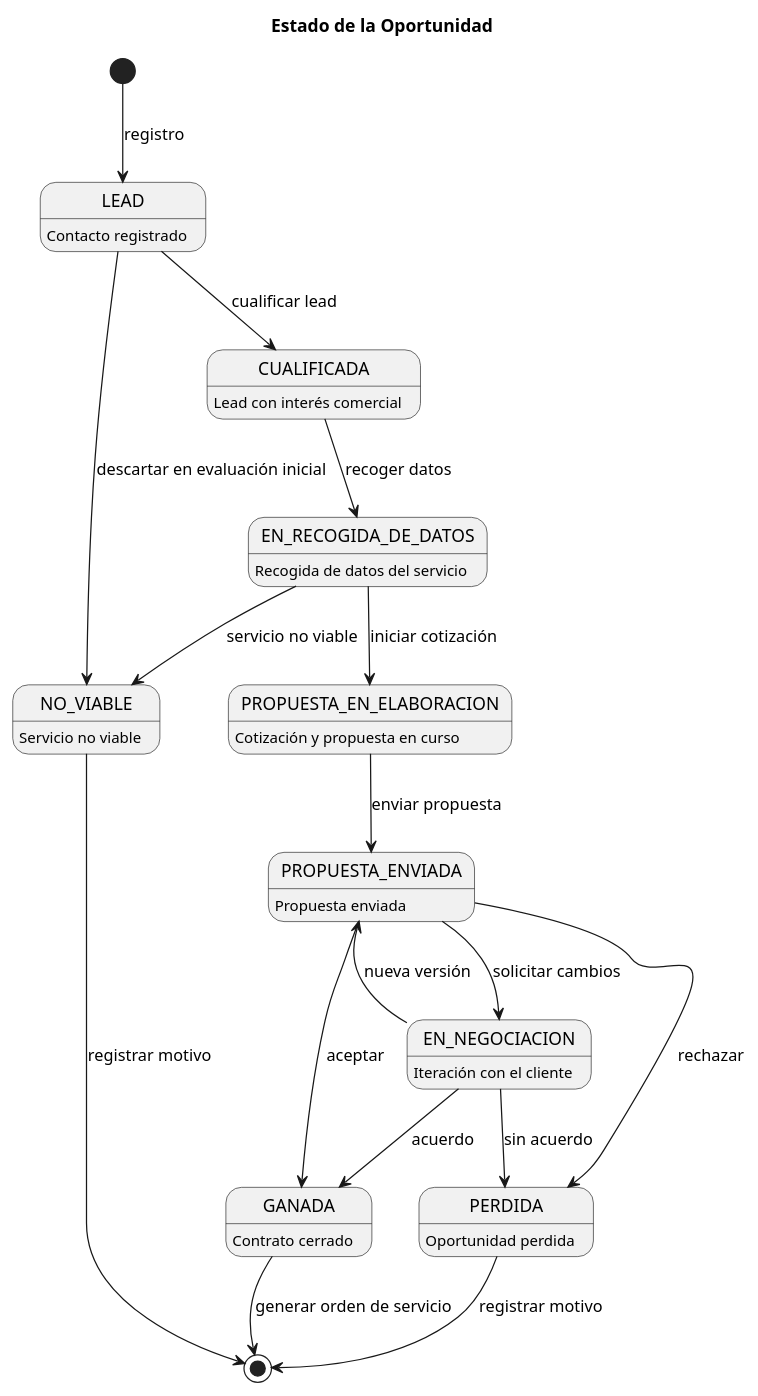
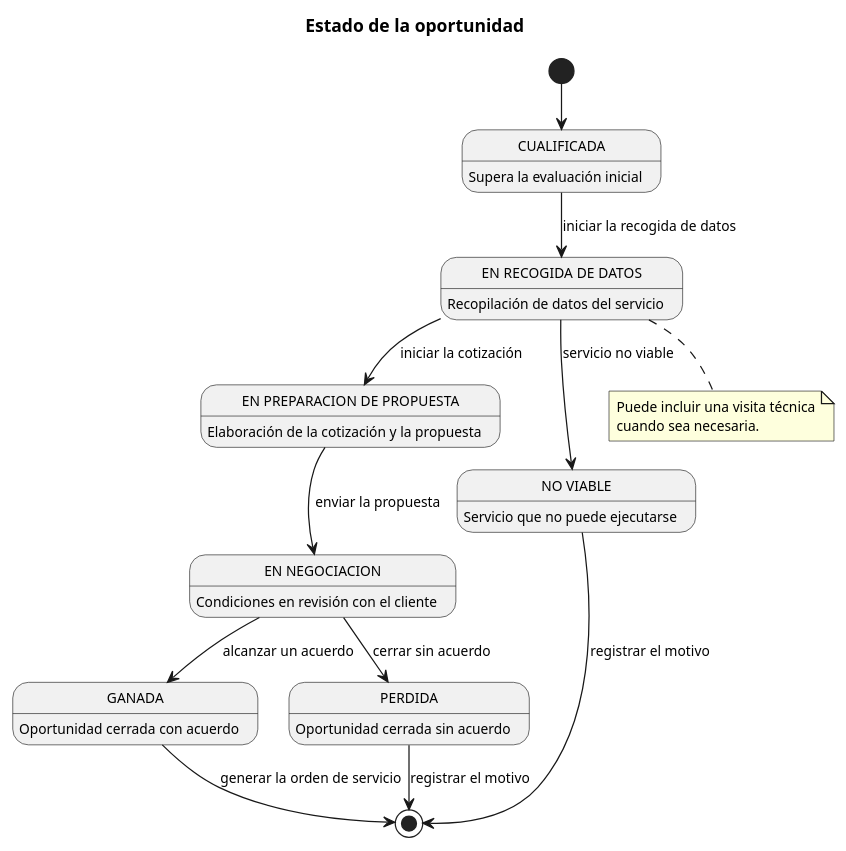
Before and after one commit to BrendaLopes/TFG-CRM-BROOKS: the diagram in docs/diagramas/estados/oportunidad.puml, drawn with PlantUML. The commit also changed 5 other files, not shown here.

```diff
--- a/docs/diagramas/estados/oportunidad.puml
+++ b/docs/diagramas/estados/oportunidad.puml
@@ -1,37 +1,45 @@
 @startuml
-title Estado de la Oportunidad
+title Estado de la oportunidad
 
-[*] --> LEAD : registro
+skinparam defaultFontSize 11
+skinparam nodesep 25
+skinparam ranksep 35
 
-LEAD --> NO_VIABLE : descartar en evaluación inicial
-LEAD --> CUALIFICADA : cualificar lead
+state "CUALIFICADA" as CUALIFICADA
+state "EN RECOGIDA DE DATOS" as EN_RECOGIDA_DE_DATOS
+state "EN PREPARACION DE PROPUESTA" as EN_PREPARACION_PROPUESTA
+state "EN NEGOCIACION" as EN_NEGOCIACION
+state "GANADA" as GANADA
+state "PERDIDA" as PERDIDA
+state "NO VIABLE" as NO_VIABLE
 
-CUALIFICADA --> EN_RECOGIDA_DE_DATOS : recoger datos
+[*] --> CUALIFICADA
+
+CUALIFICADA --> EN_RECOGIDA_DE_DATOS : iniciar la recogida de datos
+
+EN_RECOGIDA_DE_DATOS --> EN_PREPARACION_PROPUESTA : iniciar la cotización
 EN_RECOGIDA_DE_DATOS --> NO_VIABLE : servicio no viable
-EN_RECOGIDA_DE_DATOS --> PROPUESTA_EN_ELABORACION : iniciar cotización
 
-PROPUESTA_EN_ELABORACION --> PROPUESTA_ENVIADA : enviar propuesta
+EN_PREPARACION_PROPUESTA --> EN_NEGOCIACION : enviar la propuesta
 
-PROPUESTA_ENVIADA --> EN_NEGOCIACION : solicitar cambios
-PROPUESTA_ENVIADA --> GANADA : aceptar
-PROPUESTA_ENVIADA --> PERDIDA : rechazar
+EN_NEGOCIACION --> GANADA : alcanzar un acuerdo
+EN_NEGOCIACION --> PERDIDA : cerrar sin acuerdo
 
-EN_NEGOCIACION --> PROPUESTA_ENVIADA : nueva versión
-EN_NEGOCIACION --> GANADA : acuerdo
-EN_NEGOCIACION --> PERDIDA : sin acuerdo
+GANADA --> [*] : generar la orden de servicio
+PERDIDA --> [*] : registrar el motivo
+NO_VIABLE --> [*] : registrar el motivo
 
-GANADA --> [*] : generar orden de servicio
-PERDIDA --> [*] : registrar motivo
-NO_VIABLE --> [*] : registrar motivo
+CUALIFICADA : Supera la evaluación inicial
+EN_RECOGIDA_DE_DATOS : Recopilación de datos del servicio
+EN_PREPARACION_PROPUESTA : Elaboración de la cotización y la propuesta
+EN_NEGOCIACION : Condiciones en revisión con el cliente
+GANADA : Oportunidad cerrada con acuerdo
+PERDIDA : Oportunidad cerrada sin acuerdo
+NO_VIABLE : Servicio que no puede ejecutarse
 
-LEAD : Contacto registrado
-CUALIFICADA : Lead con interés comercial
-EN_RECOGIDA_DE_DATOS : Recogida de datos del servicio
-PROPUESTA_EN_ELABORACION : Cotización y propuesta en curso
-PROPUESTA_ENVIADA : Propuesta enviada
-EN_NEGOCIACION : Iteración con el cliente
-GANADA : Contrato cerrado
-PERDIDA : Oportunidad perdida
-NO_VIABLE : Servicio no viable
+note bottom of EN_RECOGIDA_DE_DATOS
+  Puede incluir una visita técnica
+  cuando sea necesaria.
+end note
 
 @enduml
```
